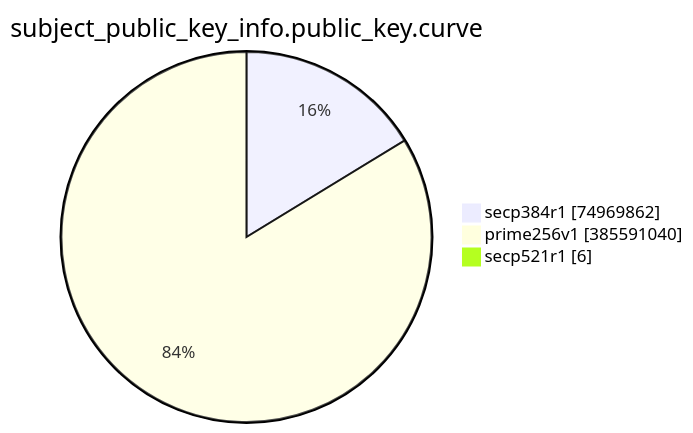
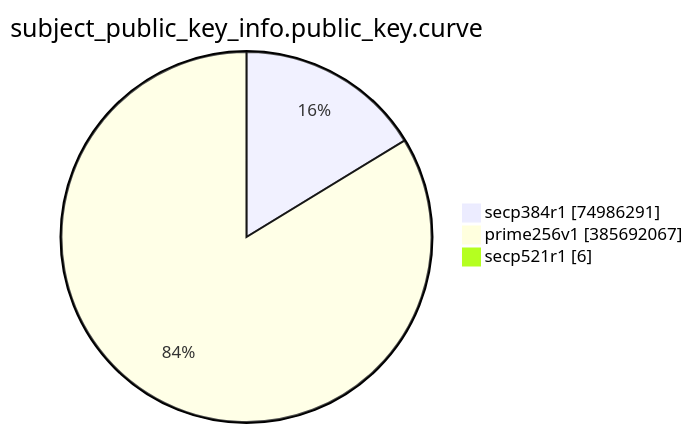
Before and after one commit to christiankrug/ctmonitor_visualization: the eighth of 15 diagrams in TOTAL/README.md, drawn with Mermaid. The commit also changed other lines of this file, not shown here.

````diff
--- a/TOTAL/README.md
+++ b/TOTAL/README.md
@@ -3094,7 +3094,7 @@
 ```mermaid
 pie showData
 title subject_public_key_info.public_key.curve
-"secp384r1" :74969862
-"prime256v1" :385591040
+"secp384r1" :74986291
+"prime256v1" :385692067
 "secp521r1" :6
 ```
````
